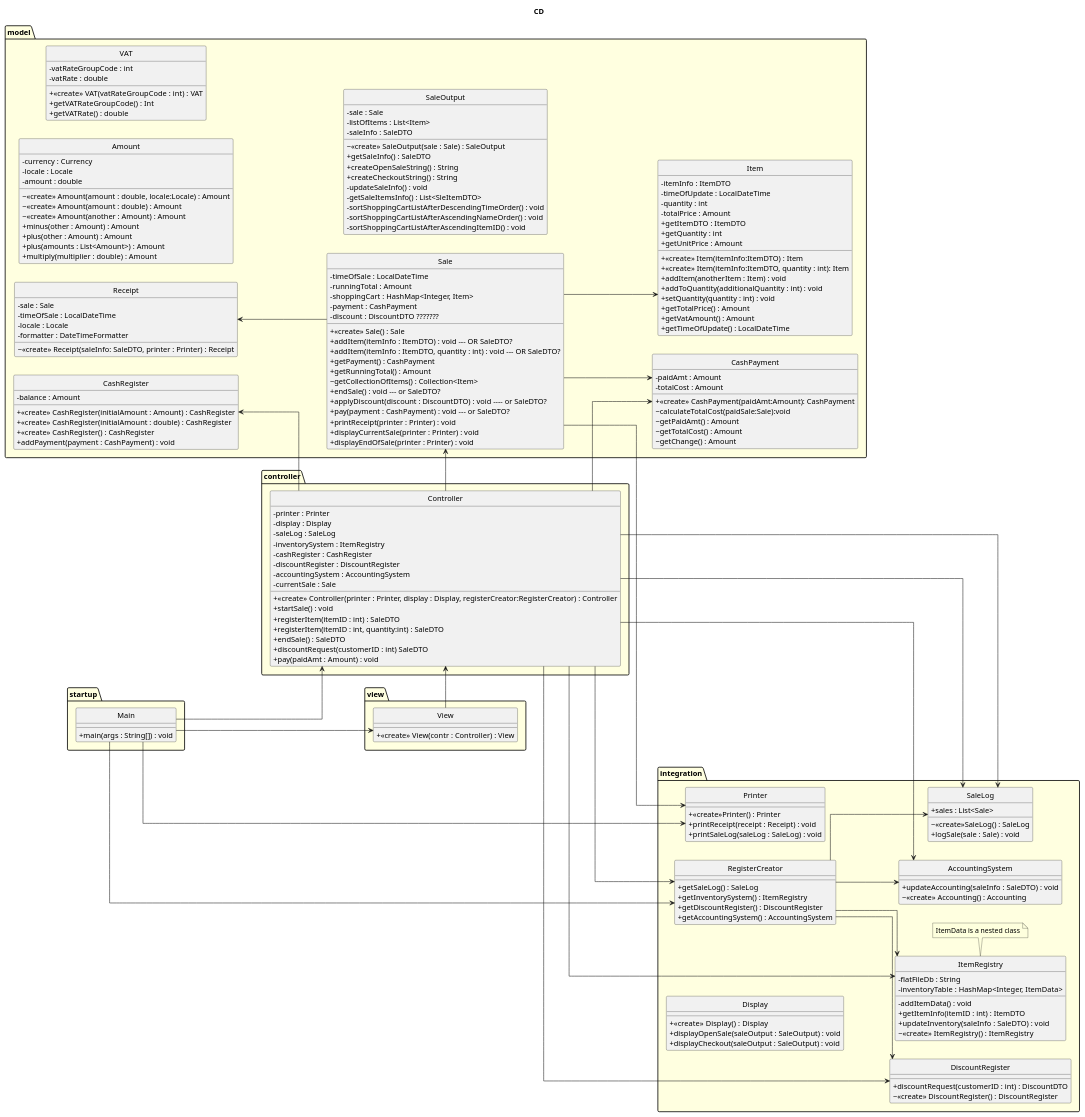
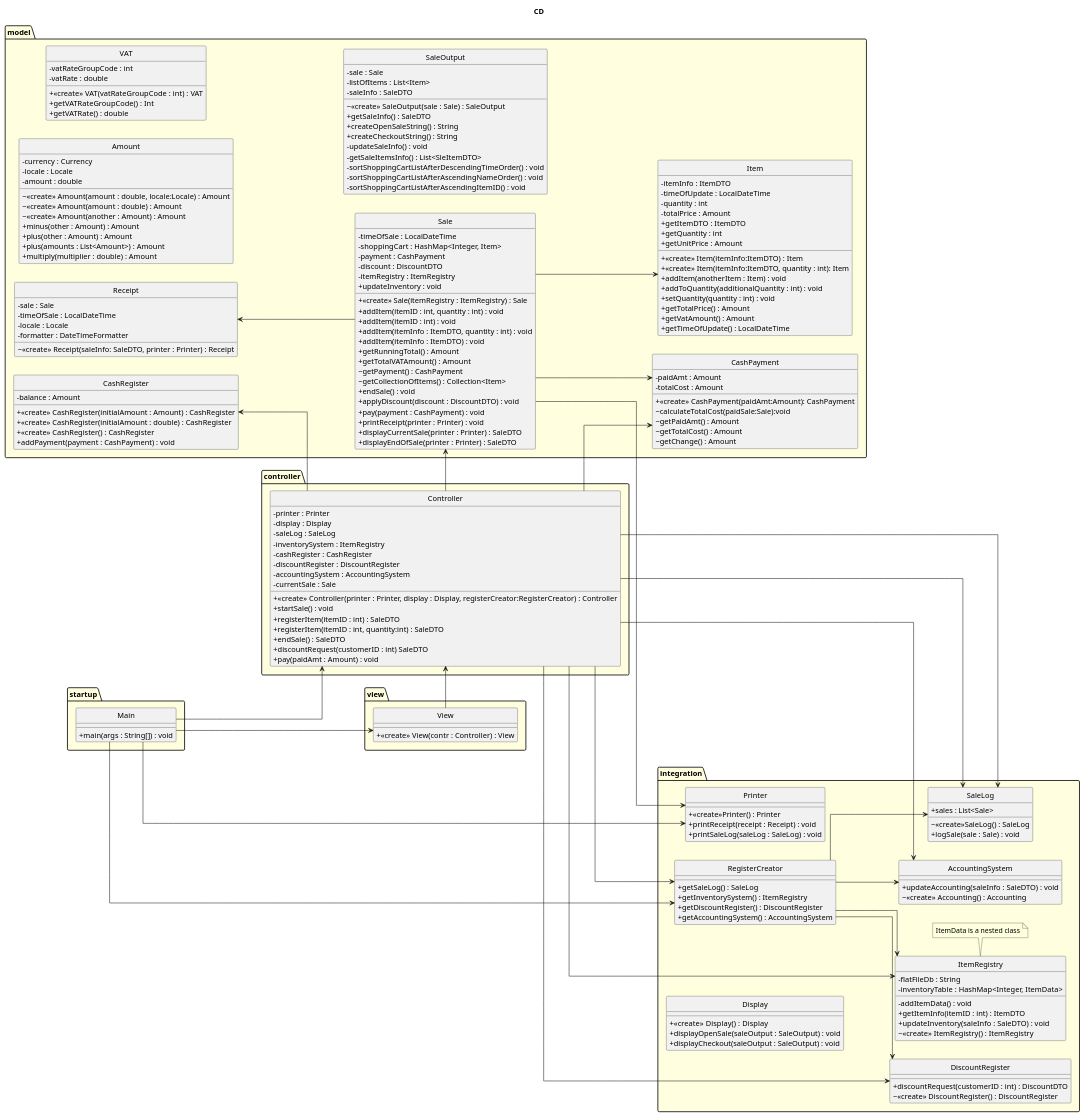
Before and after one commit to VincentFerrigan/kth-iv1350-object-oriented-design: the first of 8 diagrams in uml/uml_v3.puml, drawn with PlantUML. The commit also changed 1 other file, not shown here.

Commit message:
Updating UML-CD Sale and code restructuring Sale class

```diff
--- a/uml/uml_v3.puml
+++ b/uml/uml_v3.puml
@@ -42,24 +42,26 @@
     package model {
         class Sale{
             - timeOfSale : LocalDateTime
-            - runningTotal : Amount
             - shoppingCart : HashMap<Integer, Item>
             - payment : CashPayment
-            - discount : DiscountDTO ???????
-'            - itemName : String
-'            - quantity : int
-            + <<create>> Sale() : Sale
-            + addItem(itemInfo : ItemDTO) : void --- OR SaleDTO?
-            + addItem(itemInfo : ItemDTO, quantity : int) : void --- OR SaleDTO?
-            + getPayment() : CashPayment
+            - discount : DiscountDTO
+            - itemRegistry : ItemRegistry
+            + <<create>> Sale(itemRegistry : ItemRegistry) : Sale
+            + addItem(itemID : int, quantity : int) : void
+            + addItem(itemID : int) : void
+            + addItem(itemInfo : ItemDTO, quantity : int) : void
+            + addItem(itemInfo : ItemDTO) : void
             + getRunningTotal() : Amount
+            + getTotalVATAmount() : Amount
+            ~ getPayment() : CashPayment
             ~ getCollectionOfItems() : Collection<Item>
-            + endSale() : void --- or SaleDTO?
-            + applyDiscount(discount : DiscountDTO) : void ---- or SaleDTO?
-            + pay(payment : CashPayment) : void --- or SaleDTO?
+            + endSale() : void
+            + applyDiscount(discount : DiscountDTO) : void
+            + pay(payment : CashPayment) : void
             + printReceipt(printer : Printer) : void
-            + displayCurrentSale(printer : Printer) : void
-            + displayEndOfSale(printer : Printer) : void
+            + displayCurrentSale(printer : Printer) : SaleDTO
+            + displayEndOfSale(printer : Printer) : SaleDTO
+            + updateInventory : void
         }
         class Item{
             - itemInfo : ItemDTO
```
